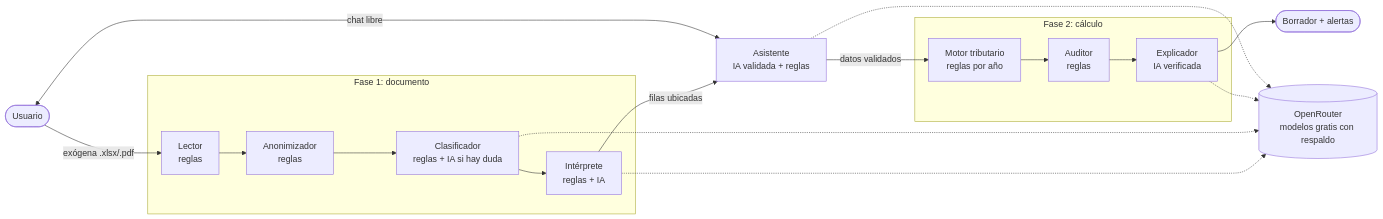
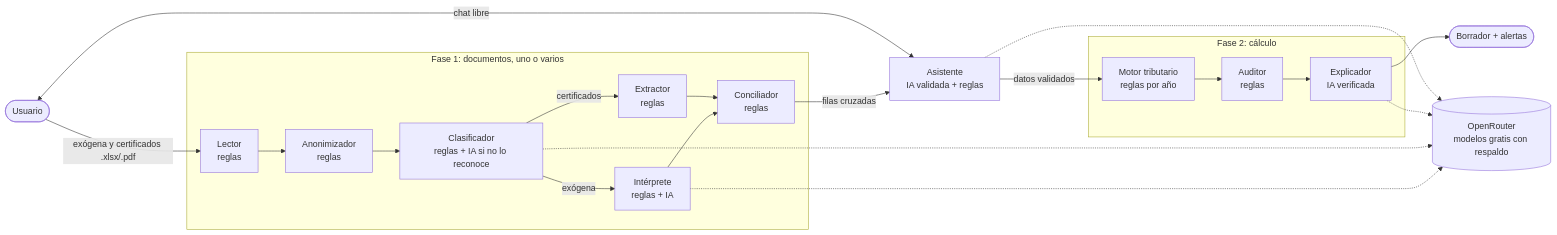
One commit to Miguel-Rogelis/declarafacil-ai changed the diagram in README.md. Above: the diagram before and after it, drawn with Mermaid. The commit also changed other lines of this file and 27 other files, not shown here.

Commit message:
Varios documentos a la vez: certificados (220, banco, vivienda, prepagada, aportes, cesantías, declaración anterior) cruzados con la exógena sin doble conteo; etiquetas del motor según el año

````diff
--- a/README.md
+++ b/README.md
@@ -39,15 +41,18 @@
 ```mermaid
 flowchart LR
-    U([Usuario]) -->|exógena .xlsx/.pdf| L
-    subgraph F1[Fase 1: documento]
-        L[Lector<br/>reglas] --> A[Anonimizador<br/>reglas] --> C[Clasificador<br/>reglas + IA si hay duda] --> I[Intérprete<br/>reglas + IA]
+    U([Usuario]) -->|exógena y certificados .xlsx/.pdf| L
+    subgraph F1[Fase 1: documentos, uno o varios]
+        L[Lector<br/>reglas] --> A[Anonimizador<br/>reglas] --> C[Clasificador<br/>reglas + IA si no lo reconoce]
+        C -->|exógena| I[Intérprete<br/>reglas + IA]
+        C -->|certificados| X[Extractor<br/>reglas]
+        I & X --> CO[Conciliador<br/>reglas]
     end
-    I -->|filas ubicadas| AS
+    CO -->|filas cruzadas| AS
     AS -->|datos validados| M
     subgraph F2[Fase 2: cálculo]
         M[Motor tributario<br/>reglas por año] --> AU[Auditor<br/>reglas] --> E[Explicador<br/>IA verificada]
     end
     E --> R([Borrador + alertas])
     U <-->|chat libre| AS[Asistente<br/>IA validada + reglas]
     I & C & E & AS -.-> OR[(OpenRouter<br/>modelos gratis con respaldo)]
 ```
````
